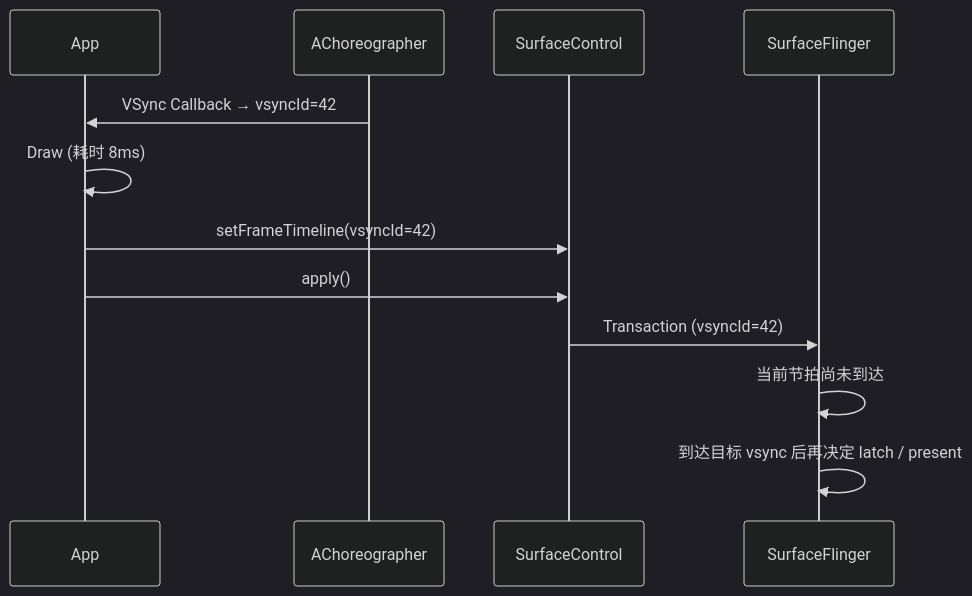
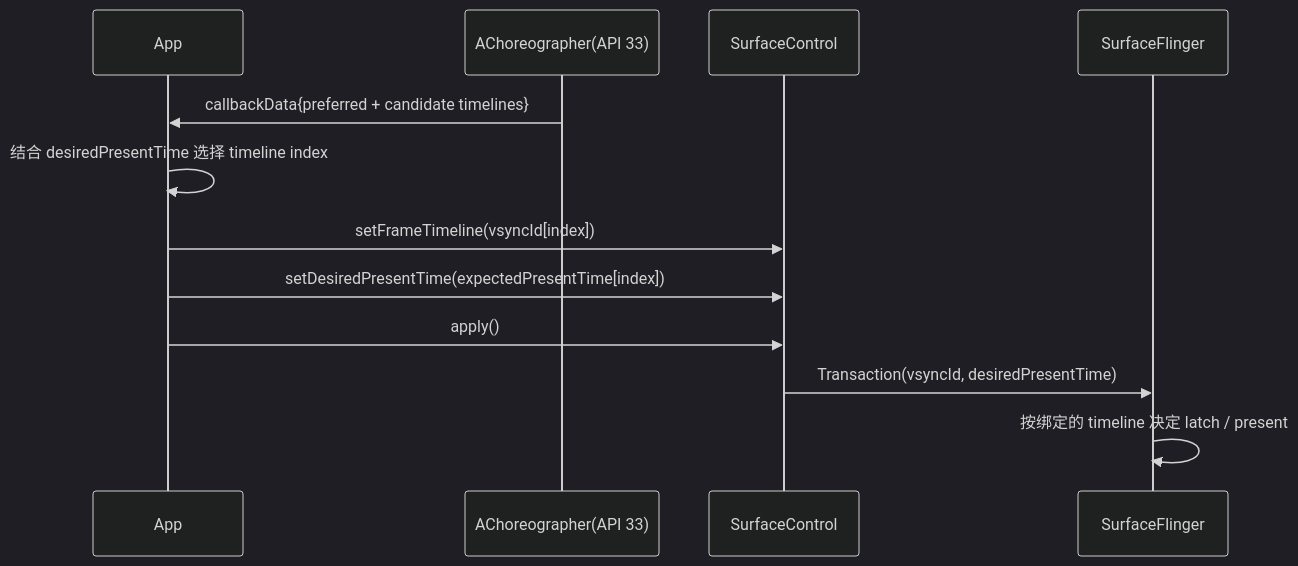
The second of 2 diagrams in src/part2-performance/ch18-rendering-pipelines/10-surface-control-api.md (Gracker/android-internals-wiki), drawn with Mermaid (dark theme) before and after one commit. The commit also changed other lines of this file and 2 other files, not shown here.

Commit message:
[openclaw] rework: 18.10 SurfaceControl API 深入 — review 回炉修复

````diff
--- a/src/part2-performance/ch18-rendering-pipelines/10-surface-control-api.md
+++ b/src/part2-performance/ch18-rendering-pipelines/10-surface-control-api.md
@@ -253,16 +305,16 @@
 ```mermaid
 sequenceDiagram
     participant App
-    participant Choreo as AChoreographer
+    participant Choreo as AChoreographer(API 33)
     participant SC as SurfaceControl
     participant SF as SurfaceFlinger
 
-    Choreo->>App: VSync Callback → vsyncId=42
-    App->>App: Draw (耗时 8ms)
-    App->>SC: setFrameTimeline(vsyncId=42)
+    Choreo->>App: callbackData{preferred + candidate timelines}
+    App->>App: 结合 desiredPresentTime 选择 timeline index
+    App->>SC: setFrameTimeline(vsyncId[index])
+    App->>SC: setDesiredPresentTime(expectedPresentTime[index])
     App->>SC: apply()
 
-    SC->>SF: Transaction (vsyncId=42)
-    SF->>SF: 当前节拍尚未到达
-    SF->>SF: 到达目标 vsync 后再决定 latch / present
+    SC->>SF: Transaction(vsyncId, desiredPresentTime)
+    SF->>SF: 按绑定的 timeline 决定 latch / present
 ```
````
